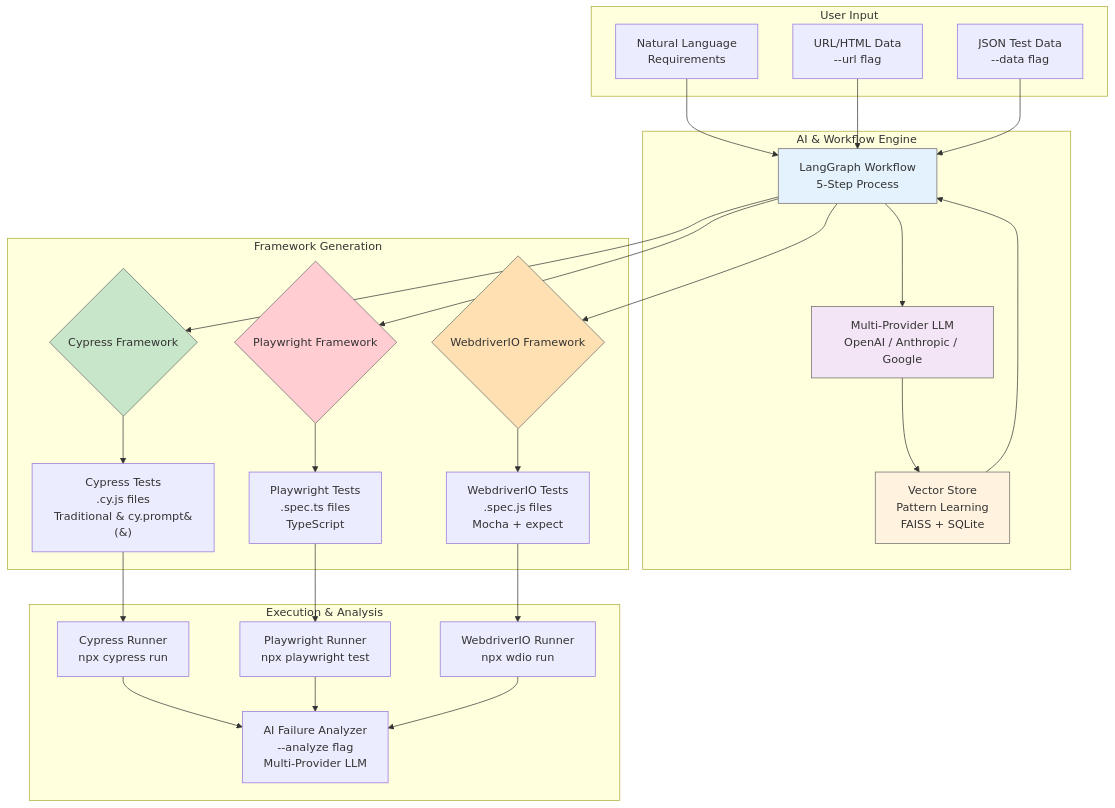
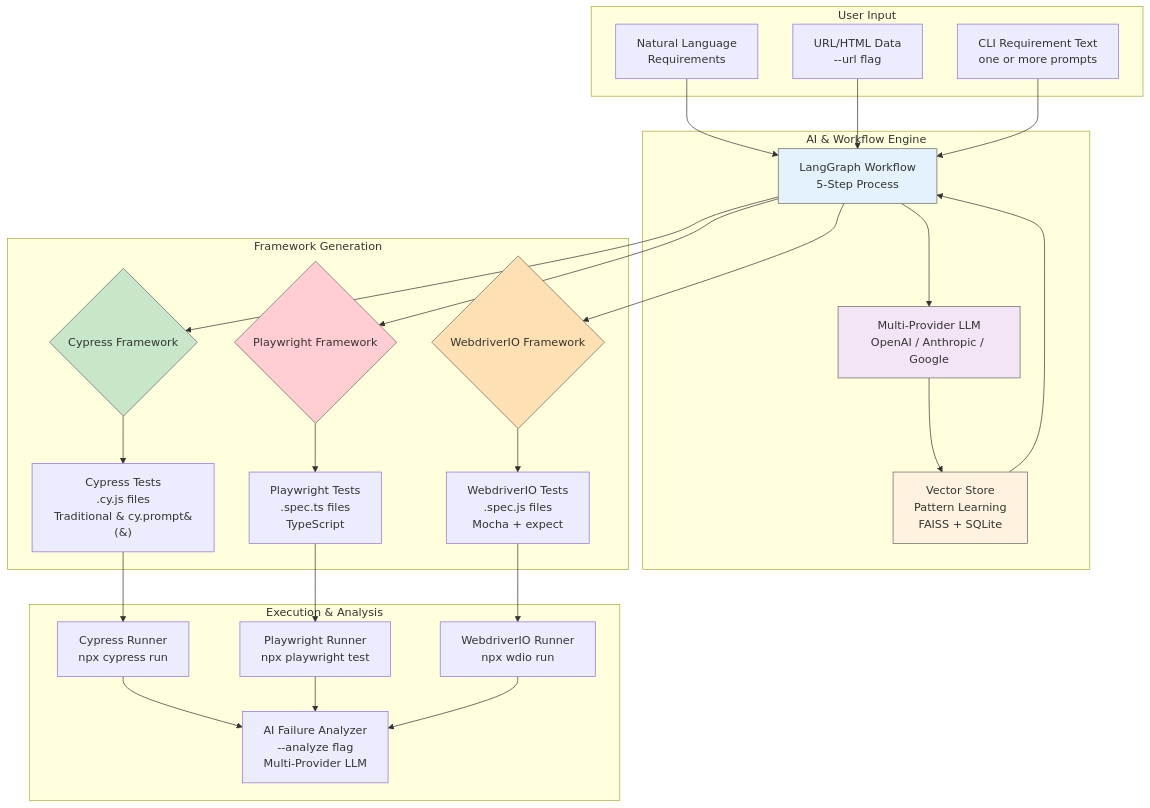
Before and after one commit to aiqualitylab/ai-natural-language-tests: the first of 3 diagrams in README.md, drawn with Mermaid. The commit also changed other lines of this file, not shown here.

Commit message:
fix: Update README to clarify CLI requirements and installation instructions

````diff
--- a/README.md
+++ b/README.md
@@ -110,56 +110,56 @@
 ```mermaid
 graph TB
     subgraph "User Input"
         A[Natural Language<br/>Requirements]
         B[URL/HTML Data<br/>--url flag]
-        C[JSON Test Data<br/>--data flag]
+    C[CLI Requirement Text<br/>one or more prompts]
     end
 
     subgraph "AI & Workflow Engine"
         D[LangGraph Workflow<br/>5-Step Process]
         E[Multi-Provider LLM<br/>OpenAI / Anthropic / Google]
         F[Vector Store<br/>Pattern Learning<br/>FAISS + SQLite]
     end
 
     subgraph "Framework Generation"
         G{Cypress Framework}
         H{Playwright Framework}
         W{WebdriverIO Framework}
         I[Cypress Tests<br/>.cy.js files<br/>Traditional & cy.prompt&#40;&#41;]
         J[Playwright Tests<br/>.spec.ts files<br/>TypeScript]
         X[WebdriverIO Tests<br/>.spec.js files<br/>Mocha + expect]
     end
 
     subgraph "Execution & Analysis"
         K[Cypress Runner<br/>npx cypress run]
         L[Playwright Runner<br/>npx playwright test]
         M[AI Failure Analyzer<br/>--analyze flag<br/>Multi-Provider LLM]
         P[WebdriverIO Runner<br/>npx wdio run]
     end
 
     A --> D
     B --> D
     C --> D
     D --> E
     E --> F
     F --> D
     D --> G
     D --> H
     D --> W
     G --> I
     H --> J
     W --> X
     I --> K
     J --> L
     X --> P
     K --> M
     L --> M
     P --> M
 
     style D fill:#e3f2fd,color:#333333,stroke:#666666
     style E fill:#f3e5f5,color:#333333,stroke:#666666
     style F fill:#fff3e0,color:#333333,stroke:#666666
     style G fill:#c8e6c9,color:#333333,stroke:#666666
     style H fill:#ffcdd2,color:#333333,stroke:#666666
     style W fill:#ffe0b2,color:#333333,stroke:#666666
 ```
````
